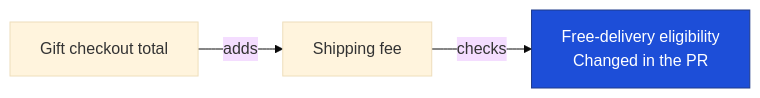
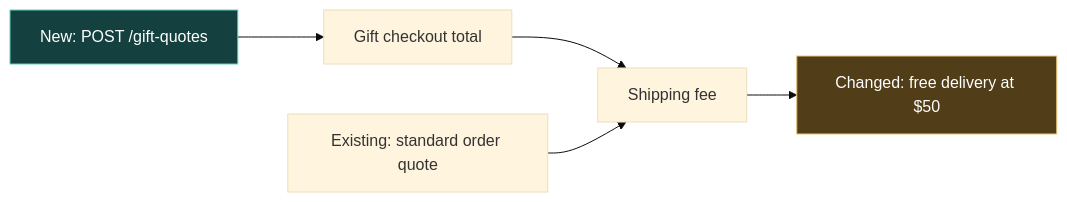
Before and after one commit to alpercandemir/undertow: the diagram in README.md, drawn with Mermaid (base theme). The commit also changed other lines of this file and 5 other files, not shown here.

````diff
--- a/README.md
+++ b/README.md
@@ -32,7 +40,11 @@
 ```mermaid
 flowchart LR
-    Gift["Gift checkout total"] -->|adds| Fee["Shipping fee"]
-    Fee -->|checks| Rule["Free-delivery eligibility<br/>Changed in the PR"]
-    classDef changed fill:#1d4ed8,color:#fff,stroke:#1e3a8a
+    API["New: POST /gift-quotes"] --> Gift["Gift checkout total"]
+    Gift --> Fee["Shipping fee"]
+    Bulk["Existing: standard order quote"] --> Fee
+    Fee --> Rule["Changed: free delivery at $50"]
+    classDef added fill:#14403f,color:#fff,stroke:#63cfb9
+    classDef changed fill:#513d17,color:#fff,stroke:#edc578
+    class API added
     class Rule changed
 ```
````
